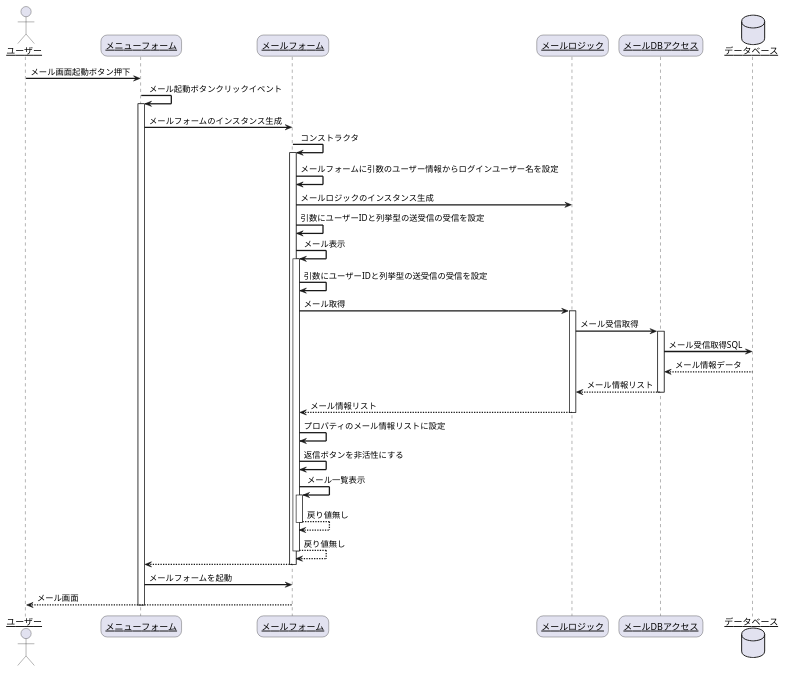
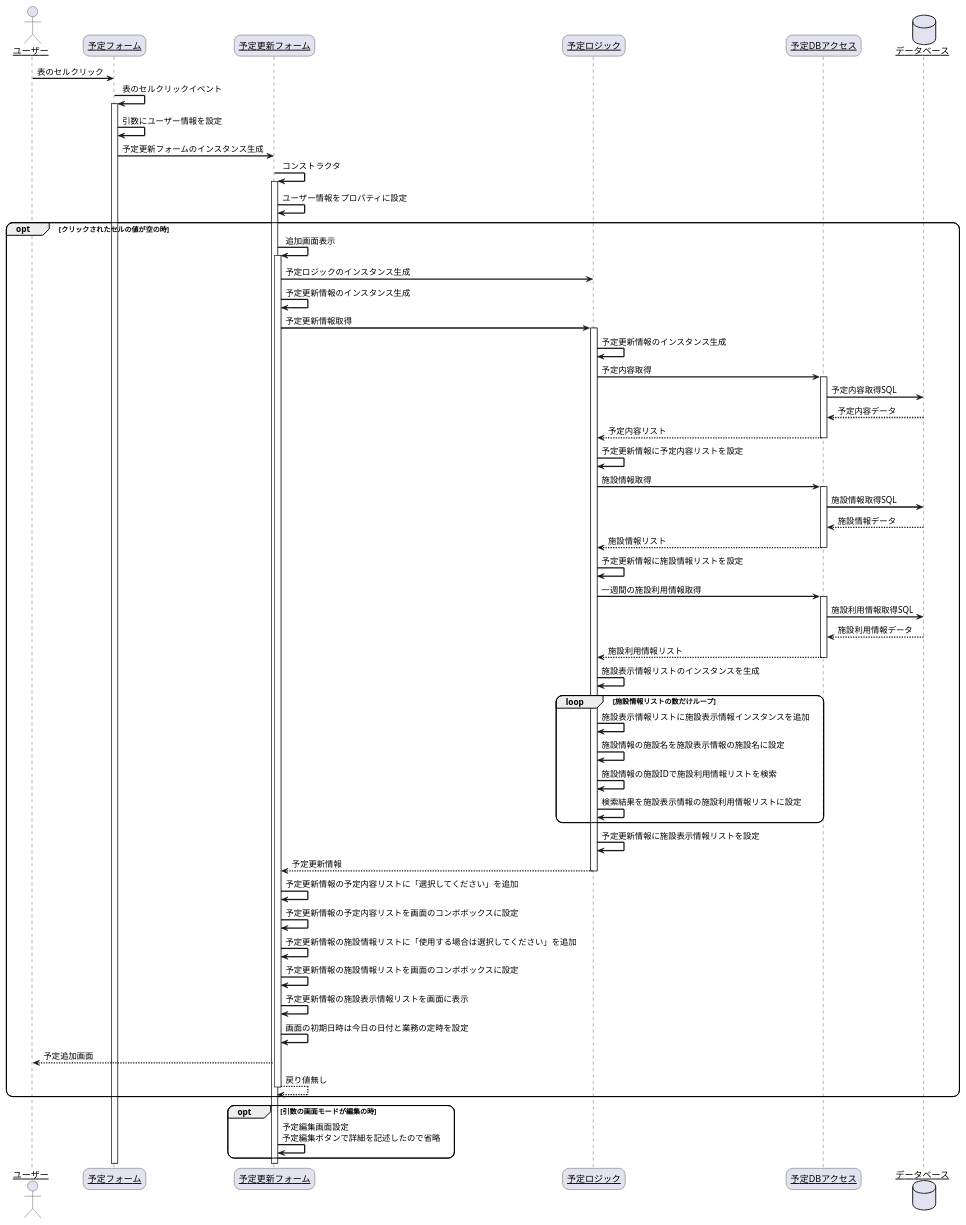
One commit to R-SAIKI/practiceUML changed the diagram in シーケンス図/予定/予定_追加編集_起動.pu. Above: the diagram before and after it, drawn with PlantUML. The commit also changed 20 other files, not shown here.

```diff
--- a/シーケンス図/予定/予定_追加編集_起動.pu
+++ b/シーケンス図/予定/予定_追加編集_起動.pu
@@ -1,50 +1,75 @@
 @startuml
 skinparam sequenceArrowThickness 2
 skinparam roundcorner 20
 skinparam maxmessagesize 60
 skinparam sequenceParticipant underline
 
 actor "ユーザー" as user
-participant "メニューフォーム" as menu_form
-participant "メールフォーム" as mail_form
-participant "メールロジック" as mail_logic
-participant "メールDBアクセス" as mail_data_acces
+participant "予定フォーム" as plan_form
+participant "予定更新フォーム" as plan_update_form
+participant "予定ロジック" as plan_logic
+participant "予定DBアクセス" as plan_data_acces
 database "データベース" as db
 
-user -> menu_form: メール画面起動ボタン押下
-menu_form -> menu_form: メール起動ボタンクリックイベント
-activate menu_form
-menu_form -> mail_form: メールフォームのインスタンス生成
-mail_form -> mail_form: コンストラクタ
-activate mail_form
-mail_form -> mail_form:メールフォームに引数のユーザー情報からログインユーザー名を設定
-mail_form -> mail_logic:メールロジックのインスタンス生成
-mail_form -> mail_form:引数にユーザーIDと列挙型の送受信の受信を設定
-mail_form -> mail_form:メール表示
-activate mail_form
-mail_form -> mail_form:引数にユーザーIDと列挙型の送受信の受信を設定
-mail_form -> mail_logic:メール取得
-activate mail_logic
-mail_logic -> mail_data_acces: メール受信取得
-activate mail_data_acces
-mail_data_acces -> db: メール受信取得SQL
-db --> mail_data_acces: メール情報データ
-mail_data_acces --> mail_logic:メール情報リスト
-deactivate mail_data_acces
-mail_logic --> mail_form: メール情報リスト
-deactivate mail_logic
-mail_form -> mail_form:プロパティのメール情報リストに設定
-mail_form -> mail_form:返信ボタンを非活性にする
-mail_form -> mail_form:メール一覧表示
-activate mail_form
-mail_form --> mail_form:戻り値無し
-deactivate mail_form
-mail_form --> mail_form:戻り値無し
-deactivate mail_form
-mail_form --> menu_form:
-deactivate mail_form
-menu_form -> mail_form: メールフォームを起動
-mail_form --> user: メール画面
-deactivate menu_form
+user -> plan_form: 表のセルクリック
+plan_form -> plan_form: 表のセルクリックイベント
+activate plan_form
+plan_form -> plan_form: 引数にユーザー情報を設定
+plan_form -> plan_update_form: 予定更新フォームのインスタンス生成
+plan_update_form -> plan_update_form: コンストラクタ
+activate plan_update_form
+plan_update_form -> plan_update_form:ユーザー情報をプロパティに設定
+opt クリックされたセルの値が空の時
+    plan_update_form -> plan_update_form: 追加画面表示
+    activate plan_update_form
+    plan_update_form -> plan_logic: 予定ロジックのインスタンス生成
+    plan_update_form -> plan_update_form: 予定更新情報のインスタンス生成
+    plan_update_form -> plan_logic: 予定更新情報取得
+    activate plan_logic
+    plan_logic -> plan_logic: 予定更新情報のインスタンス生成
+    plan_logic -> plan_data_acces: 予定内容取得
+    activate plan_data_acces
+    plan_data_acces -> db: 予定内容取得SQL
+    db --> plan_data_acces: 予定内容データ
+    plan_data_acces --> plan_logic:予定内容リスト
+    deactivate plan_data_acces
+    plan_logic -> plan_logic: 予定更新情報に予定内容リストを設定
+    plan_logic -> plan_data_acces: 施設情報取得
+    activate plan_data_acces
+    plan_data_acces -> db: 施設情報取得SQL
+    db --> plan_data_acces: 施設情報データ
+    plan_data_acces --> plan_logic:施設情報リスト
+    deactivate plan_data_acces
+    plan_logic -> plan_logic: 予定更新情報に施設情報リストを設定
+    plan_logic -> plan_data_acces: 一週間の施設利用情報取得
+    activate plan_data_acces
+    plan_data_acces -> db: 施設利用情報取得SQL
+    db --> plan_data_acces: 施設利用情報データ
+    plan_data_acces --> plan_logic:施設利用情報リスト
+    deactivate plan_data_acces
+    plan_logic -> plan_logic: 施設表示情報リストのインスタンスを生成
+    loop 施設情報リストの数だけループ
+        plan_logic -> plan_logic: 施設表示情報リストに施設表示情報インスタンスを追加
+        plan_logic -> plan_logic: 施設情報の施設名を施設表示情報の施設名に設定
+        plan_logic -> plan_logic: 施設情報の施設IDで施設利用情報リストを検索
+        plan_logic -> plan_logic: 検索結果を施設表示情報の施設利用情報リストに設定
+    end
+    plan_logic -> plan_logic: 予定更新情報に施設表示情報リストを設定    
+    plan_logic --> plan_update_form: 予定更新情報
+    deactivate plan_logic
+    plan_update_form -> plan_update_form:予定更新情報の予定内容リストに「選択してください」を追加
+    plan_update_form -> plan_update_form:予定更新情報の予定内容リストを画面のコンボボックスに設定
+    plan_update_form -> plan_update_form:予定更新情報の施設情報リストに「使用する場合は選択してください」を追加
+    plan_update_form -> plan_update_form:予定更新情報の施設情報リストを画面のコンボボックスに設定
+    plan_update_form -> plan_update_form:予定更新情報の施設表示情報リストを画面に表示
+    plan_update_form -> plan_update_form:画面の初期日時は今日の日付と業務の定時を設定
+    plan_update_form --> user: 予定追加画面
+    plan_update_form --> plan_update_form: 戻り値無し
+    deactivate plan_update_form
+end
+opt 引数の画面モードが編集の時
+    plan_update_form -> plan_update_form:予定編集画面設定\n予定編集ボタンで詳細を記述したので省略
+end
+
 
 @enduml
```
